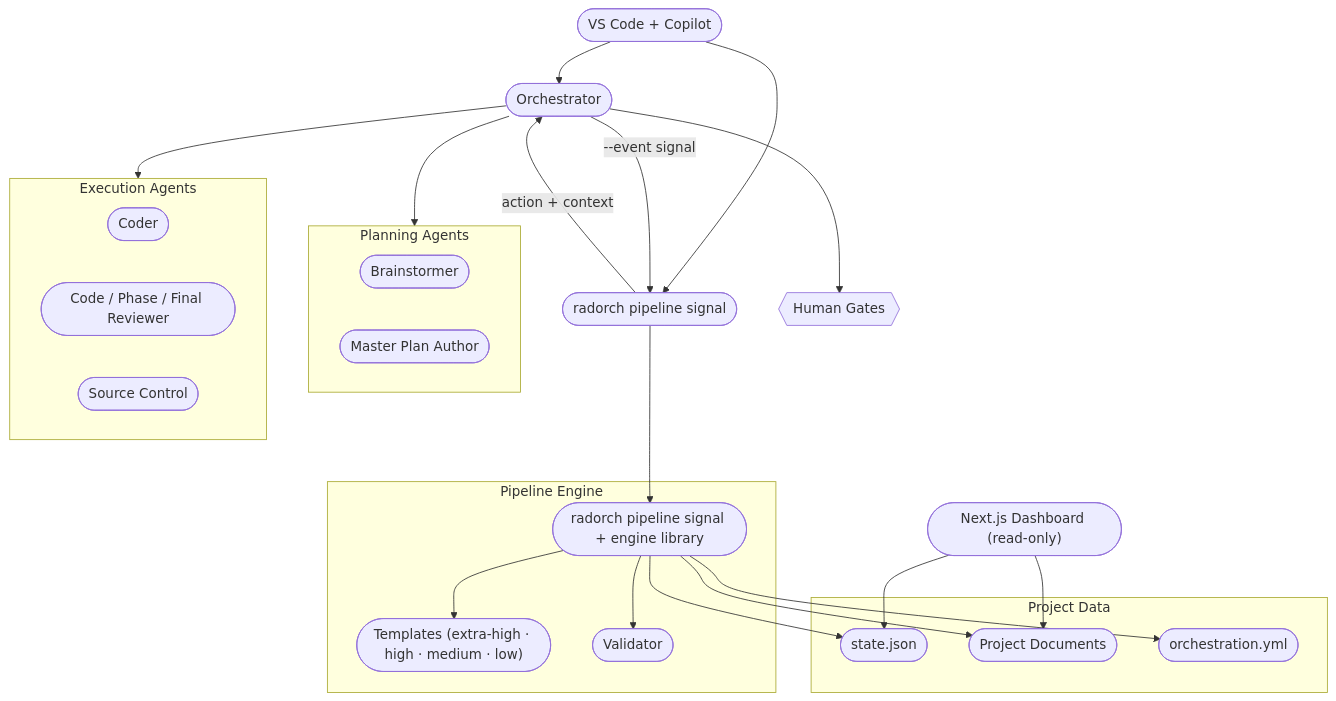
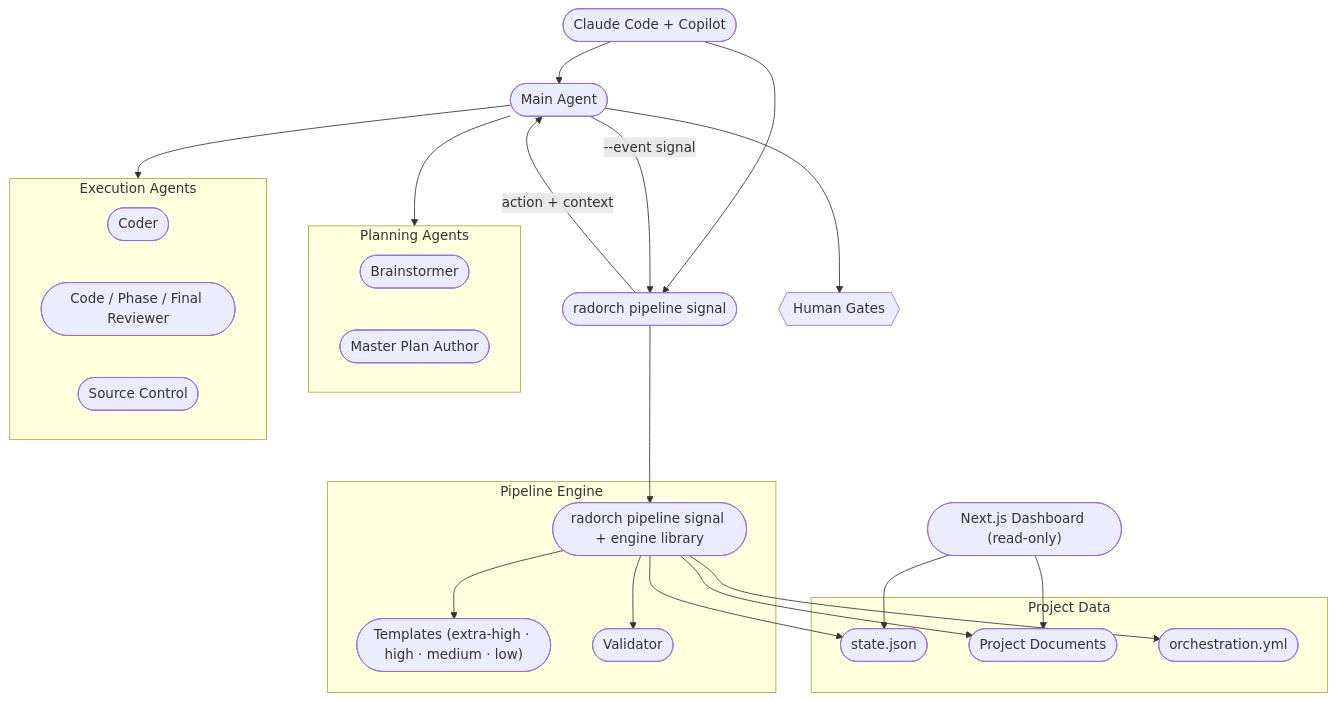
Before and after one commit to MetalHexx/Rad-Agent-Orchestrator: the diagram in docs/internals/system-architecture.md, drawn with Mermaid. The commit also changed other lines of this file and 3 other files, not shown here.

First line of the commit message:
docs(P02-T02): sweep the docs of orchestrator-as-agent

````diff
--- a/docs/internals/system-architecture.md
+++ b/docs/internals/system-architecture.md
@@ -9,49 +9,49 @@
 ```mermaid
 flowchart TD
-    DEV(["VS Code + Copilot"]) --> ORCH(["Orchestrator"])
+    DEV(["Claude Code + Copilot"]) --> MAIN(["Main Agent"])
     DEV --> CLI(["radorch pipeline signal"])
 
-    ORCH -->|"--event signal"| CLI
-    CLI -->|"action + context"| ORCH
+    MAIN -->|"--event signal"| CLI
+    CLI -->|"action + context"| MAIN
 
     subgraph PLAN ["Planning Agents"]
         BRAIN(["Brainstormer"])
         MP(["Master Plan Author"])
     end
 
     subgraph EXEC ["Execution Agents"]
         CODER(["Coder"])
         REVIEWER(["Code / Phase / Final Reviewer"])
         SC(["Source Control"])
     end
 
     GATE{{"Human Gates"}}
 
-    ORCH --> PLAN
-    ORCH --> EXEC
-    ORCH --> GATE
+    MAIN --> PLAN
+    MAIN --> EXEC
+    MAIN --> GATE
 
     subgraph ENGINE ["Pipeline Engine"]
         ENG(["radorch pipeline signal + engine library"])
         TPL(["Templates (extra-high · high · medium · low)"])
         VAL(["Validator"])
     end
 
     CLI --> ENG
     ENG --> TPL
     ENG --> VAL
 
     subgraph DATA ["Project Data"]
         STATE(["state.json"])
         DOCS(["Project Documents"])
         CFG(["orchestration.yml"])
     end
 
     ENG --> STATE
     ENG --> DOCS
     ENG --> CFG
 
     UI(["Next.js Dashboard (read-only)"])
     UI --> STATE
     UI --> DOCS
 ```
````
